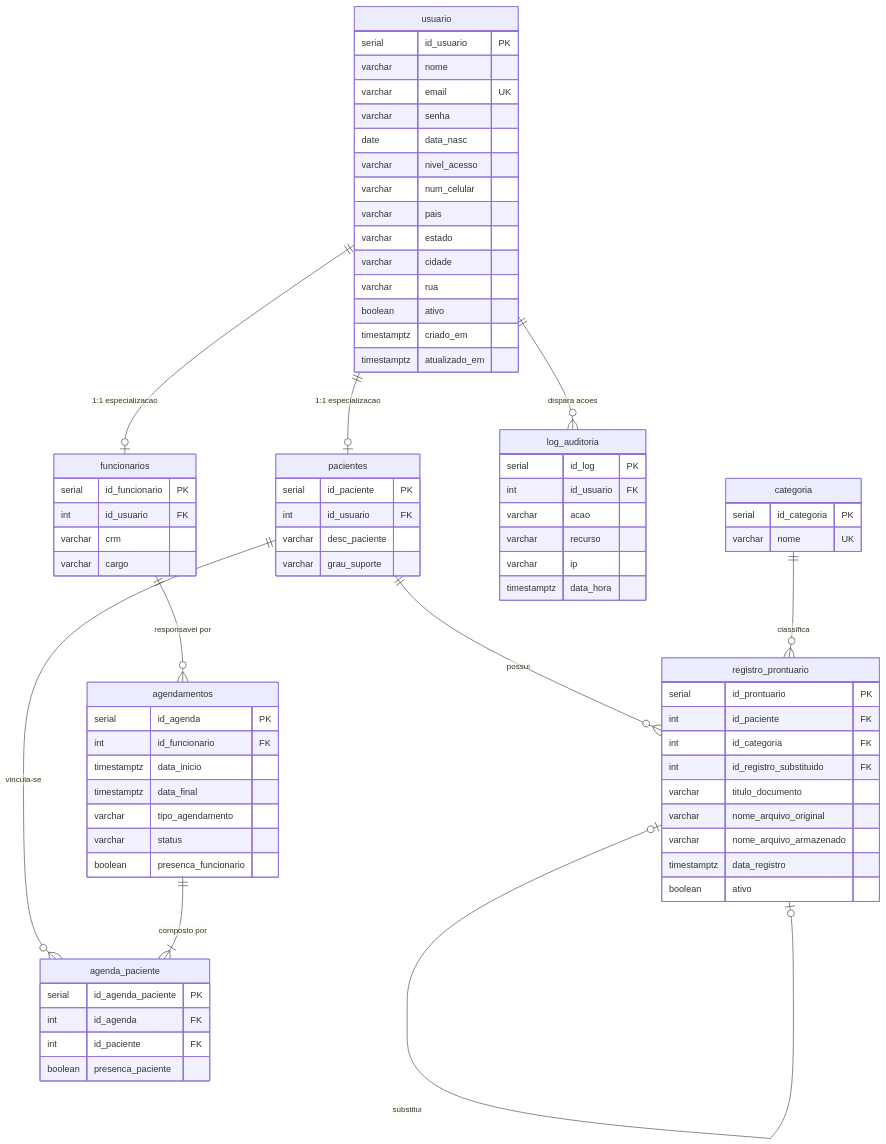
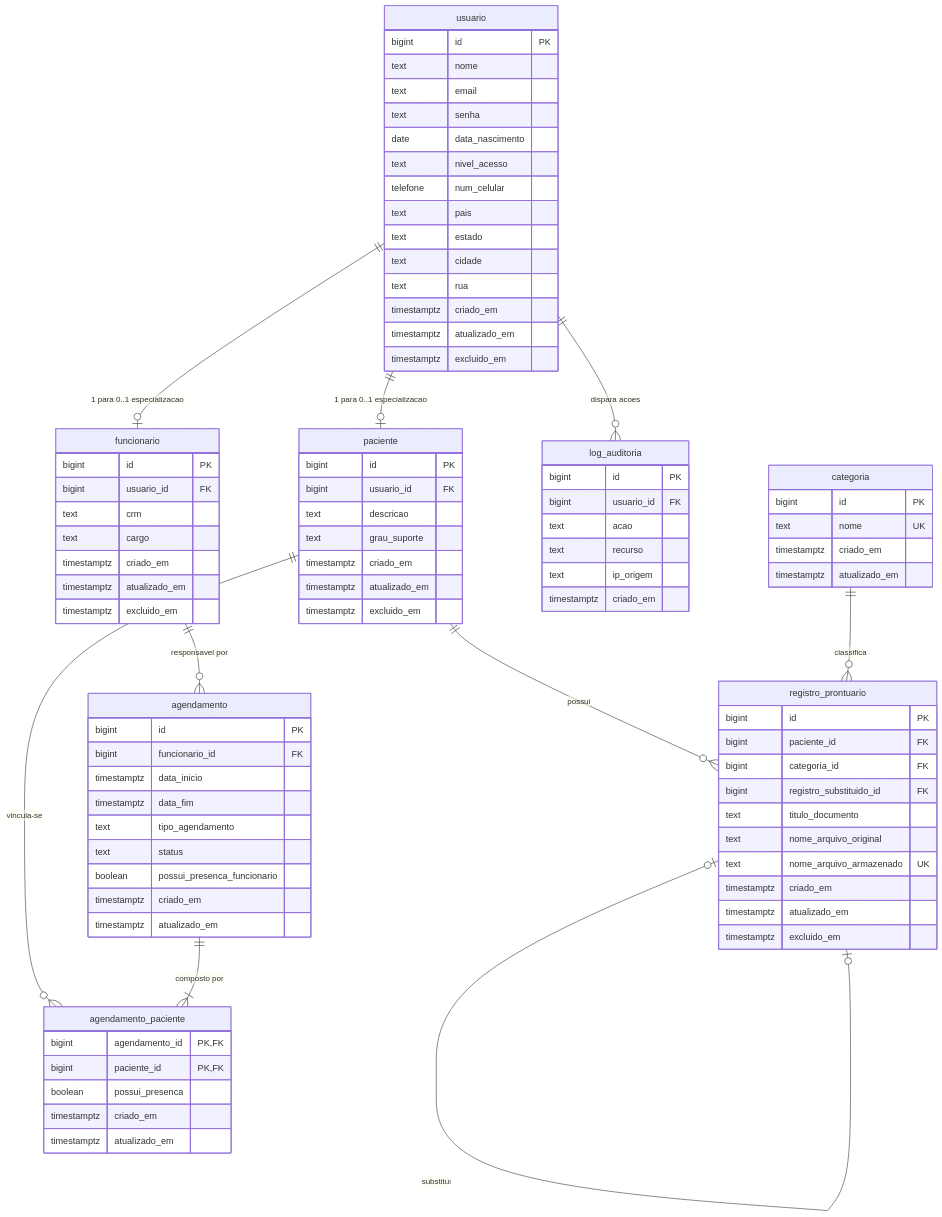
The diagram in .specify/reference/data-model/der.md (lopxs1/MetodologiaSDD), drawn with Mermaid before and after one commit. The commit also changed other lines of this file and 23 other files, not shown here.

````diff
--- a/.specify/reference/data-model/der.md
+++ b/.specify/reference/data-model/der.md
@@ -11,89 +11,101 @@
 ```mermaid
 erDiagram
-    usuario ||--o| funcionarios : "1:1 especializacao"
-    usuario ||--o| pacientes : "1:1 especializacao"
+    usuario ||--o| funcionario : "1 para 0..1 especializacao"
+    usuario ||--o| paciente : "1 para 0..1 especializacao"
     usuario ||--o{ log_auditoria : "dispara acoes"
 
-    pacientes ||--o{ registro_prontuario : "possui"
-    pacientes ||--o{ agenda_paciente : "vincula-se"
+    paciente ||--o{ registro_prontuario : "possui"
+    paciente ||--o{ agendamento_paciente : "vincula-se"
 
     categoria ||--o{ registro_prontuario : "classifica"
     registro_prontuario |o--o| registro_prontuario : "substitui"
 
-    funcionarios ||--o{ agendamentos : "responsavel por"
-    agendamentos ||--|{ agenda_paciente : "composto por"
+    funcionario ||--o{ agendamento : "responsavel por"
+    agendamento ||--|{ agendamento_paciente : "composto por"
 
     usuario {
-        serial id_usuario PK
-        varchar nome
-        varchar email UK
-        varchar senha
-        date data_nasc
-        varchar nivel_acesso
-        varchar num_celular
-        varchar pais
-        varchar estado
-        varchar cidade
-        varchar rua
-        boolean ativo
+        bigint id PK
+        text nome
+        text email
+        text senha
+        date data_nascimento
+        text nivel_acesso
+        telefone num_celular
+        text pais
+        text estado
+        text cidade
+        text rua
+        timestamptz criado_em
+        timestamptz atualizado_em
+        timestamptz excluido_em
+    }
+
+    funcionario {
+        bigint id PK
+        bigint usuario_id FK
+        text crm
+        text cargo
+        timestamptz criado_em
+        timestamptz atualizado_em
+        timestamptz excluido_em
+    }
+
+    paciente {
+        bigint id PK
+        bigint usuario_id FK
+        text descricao
+        text grau_suporte
+        timestamptz criado_em
+        timestamptz atualizado_em
+        timestamptz excluido_em
+    }
+
+    categoria {
+        bigint id PK
+        text nome UK
         timestamptz criado_em
         timestamptz atualizado_em
     }
 
-    funcionarios {
-        serial id_funcionario PK
-        int id_usuario FK
-        varchar crm
-        varchar cargo
+    registro_prontuario {
+        bigint id PK
+        bigint paciente_id FK
+        bigint categoria_id FK
+        bigint registro_substituido_id FK
+        text titulo_documento
+        text nome_arquivo_original
+        text nome_arquivo_armazenado UK
+        timestamptz criado_em
+        timestamptz atualizado_em
+        timestamptz excluido_em
     }
 
-    pacientes {
-        serial id_paciente PK
-        int id_usuario FK
-        varchar desc_paciente
-        varchar grau_suporte
+    agendamento {
+        bigint id PK
+        bigint funcionario_id FK
+        timestamptz data_inicio
+        timestamptz data_fim
+        text tipo_agendamento
+        text status
+        boolean possui_presenca_funcionario
+        timestamptz criado_em
+        timestamptz atualizado_em
     }
 
-    categoria {
-        serial id_categoria PK
-        varchar nome UK
-    }
-
-    registro_prontuario {
-        serial id_prontuario PK
-        int id_paciente FK
-        int id_categoria FK
-        int id_registro_substituido FK
-        varchar titulo_documento
-        varchar nome_arquivo_original
-        varchar nome_arquivo_armazenado
-        timestamptz data_registro
-        boolean ativo
-    }
-
-    agendamentos {
-        serial id_agenda PK
-        int id_funcionario FK
-        timestamptz data_inicio
-        timestamptz data_final
-        varchar tipo_agendamento
-        varchar status
-        boolean presenca_funcionario
-    }
-
-    agenda_paciente {
-        serial id_agenda_paciente PK
-        int id_agenda FK
-        int id_paciente FK
-        boolean presenca_paciente
+    agendamento_paciente {
+        bigint agendamento_id PK,FK
+        bigint paciente_id PK,FK
+        boolean possui_presenca
+        timestamptz criado_em
+        timestamptz atualizado_em
     }
 
     log_auditoria {
-        serial id_log PK
-        int id_usuario FK
-        varchar acao
-        varchar recurso
-        varchar ip
-        timestamptz data_hora
+        bigint id PK
+        bigint usuario_id FK
+        text acao
+        text recurso
+        text ip_origem
+        timestamptz criado_em
     }
 ```
````
